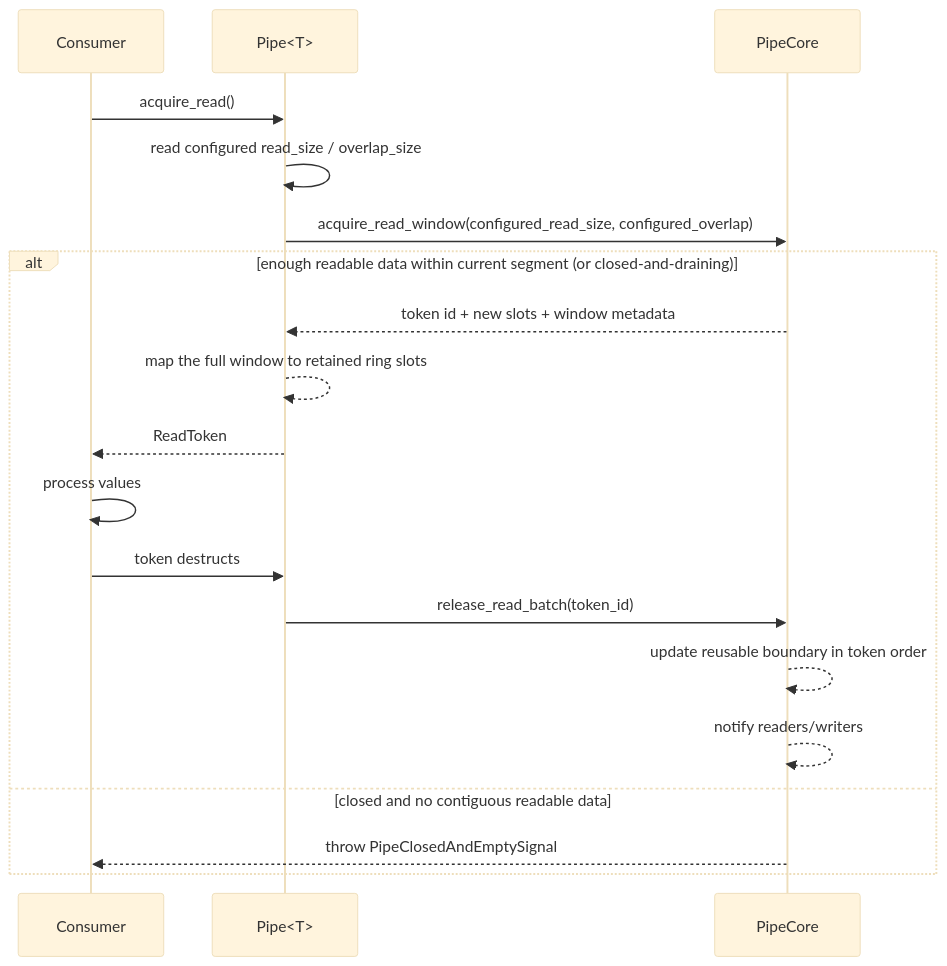
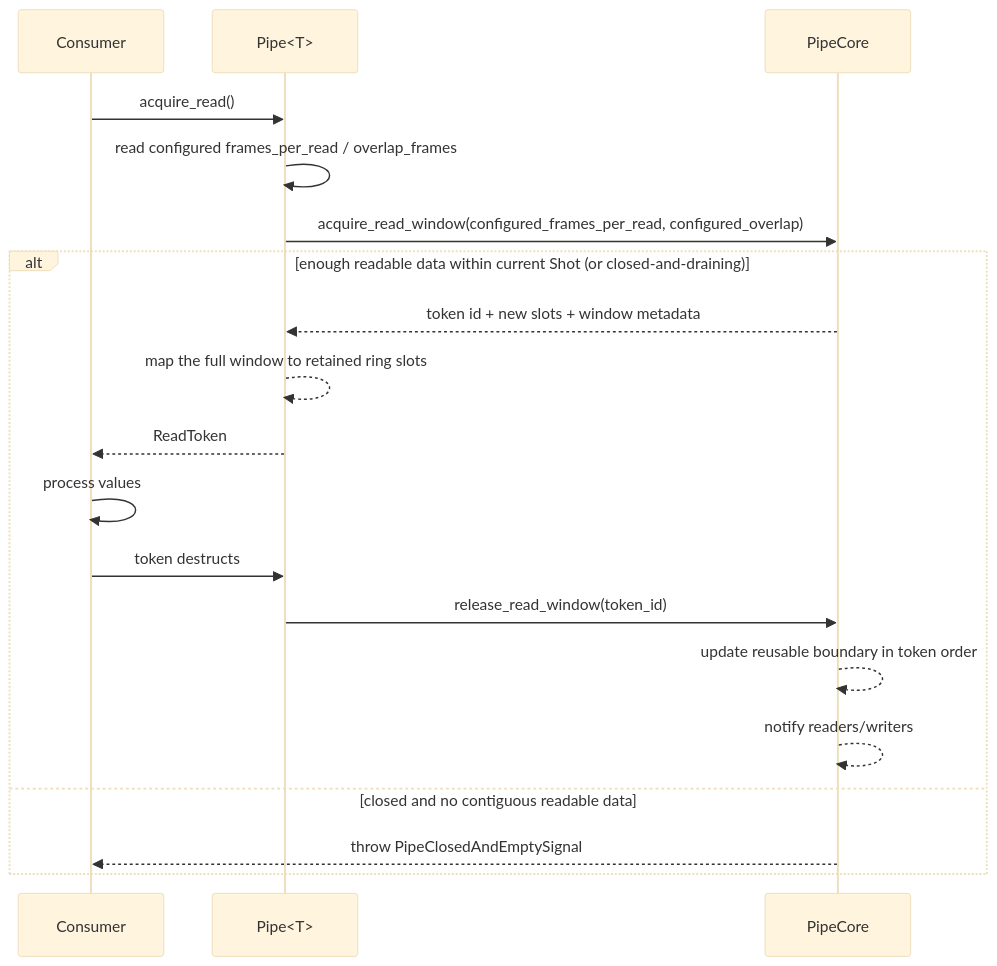
One commit to jay6987/Takt changed the diagram in docs/pipe-read-sequence.md. Above: the diagram before and after it, drawn with Mermaid (base theme). The commit also changed other lines of this file and 34 other files, not shown here.

````diff
--- a/docs/pipe-read-sequence.md
+++ b/docs/pipe-read-sequence.md
@@ -7,23 +7,23 @@
 ```mermaid
 sequenceDiagram
     participant Consumer
     participant Pipe as Pipe<T>
     participant Core as PipeCore
 
     Consumer->>Pipe: acquire_read()
-    Pipe->>Pipe: read configured read_size / overlap_size
-    Pipe->>Core: acquire_read_window(configured_read_size, configured_overlap)
+    Pipe->>Pipe: read configured frames_per_read / overlap_frames
+    Pipe->>Core: acquire_read_window(configured_frames_per_read, configured_overlap)
 
-    alt enough readable data within current segment (or closed-and-draining)
+    alt enough readable data within current Shot (or closed-and-draining)
         Core-->>Pipe: token id + new slots + window metadata
         Pipe-->>Pipe: map the full window to retained ring slots
         Pipe-->>Consumer: ReadToken
         Consumer->>Consumer: process values
         Consumer->>Pipe: token destructs
-        Pipe->>Core: release_read_batch(token_id)
+        Pipe->>Core: release_read_window(token_id)
         Core-->>Core: update reusable boundary in token order
         Core-->>Core: notify readers/writers
     else closed and no contiguous readable data
         Core-->>Consumer: throw PipeClosedAndEmptySignal
     end
 ```
````
